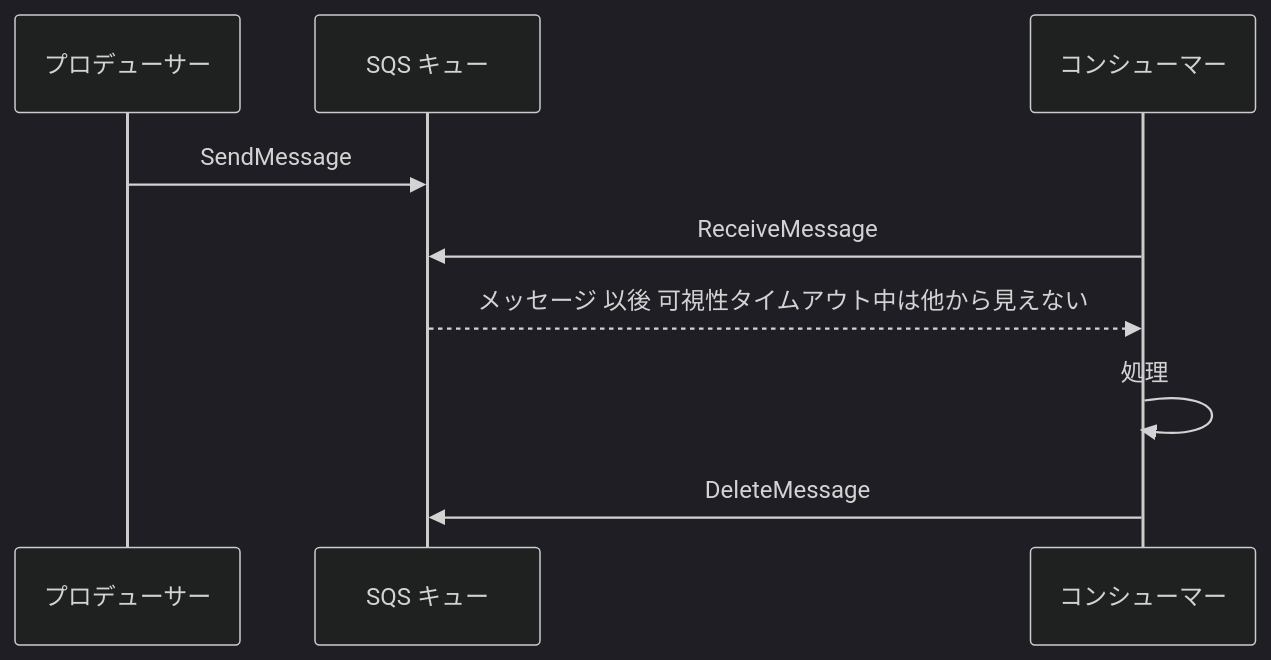
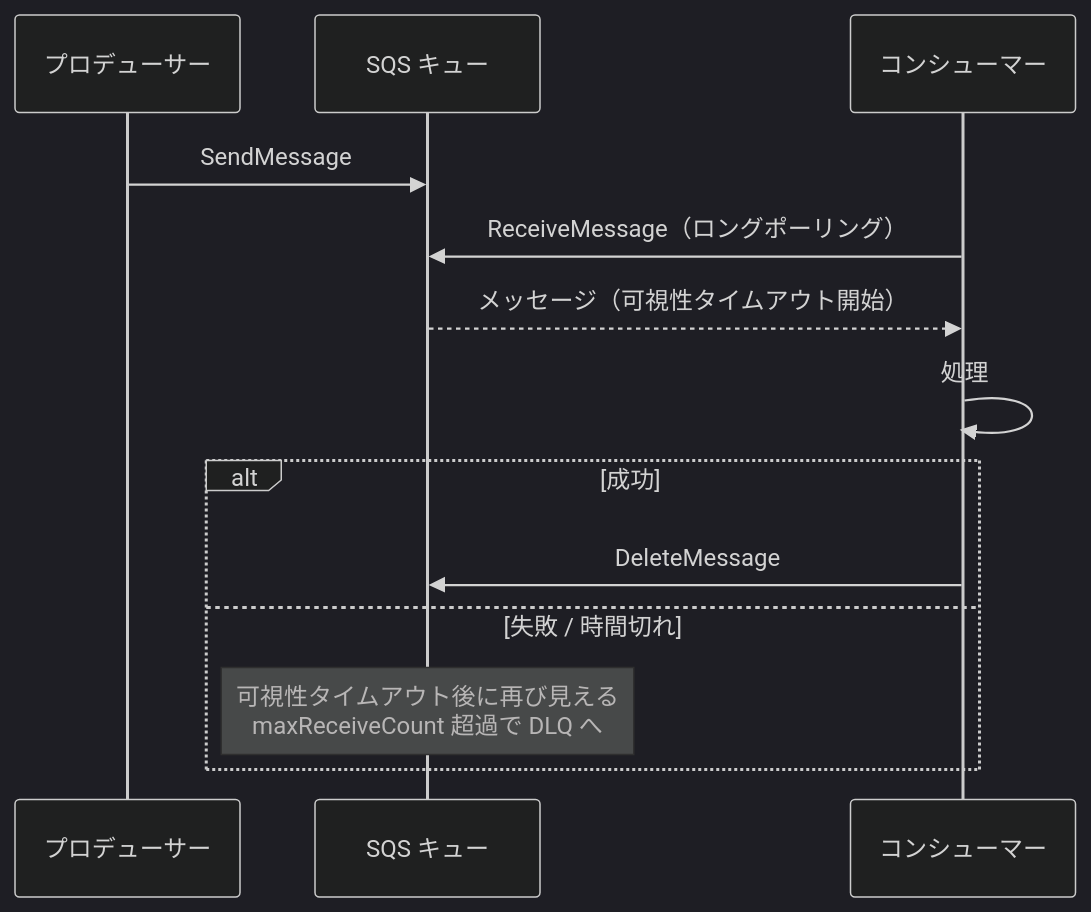
Before and after one commit to myoshi2891/Cloud-Infrastructure-and-Network-Studies: diagram 11 of 31 in Dva-c02-domain1-development-with-aws-services-guide.md, drawn with Mermaid (dark theme). The commit also changed other lines of this file, not shown here.

````diff
--- a/Dva-c02-domain1-development-with-aws-services-guide.md
+++ b/Dva-c02-domain1-development-with-aws-services-guide.md
@@ -646,11 +758,15 @@
 ```mermaid
 sequenceDiagram
     participant P as プロデューサー
     participant Q as SQS キュー
     participant C as コンシューマー
     P->>Q: SendMessage
-    C->>Q: ReceiveMessage
-    Q-->>C: メッセージ 以後 可視性タイムアウト中は他から見えない
+    C->>Q: ReceiveMessage（ロングポーリング）
+    Q-->>C: メッセージ（可視性タイムアウト開始）
     C->>C: 処理
-    C->>Q: DeleteMessage
+    alt 成功
+        C->>Q: DeleteMessage
+    else 失敗 / 時間切れ
+        Note over Q: 可視性タイムアウト後に再び見える<br/>maxReceiveCount 超過で DLQ へ
+    end
 ```
````
